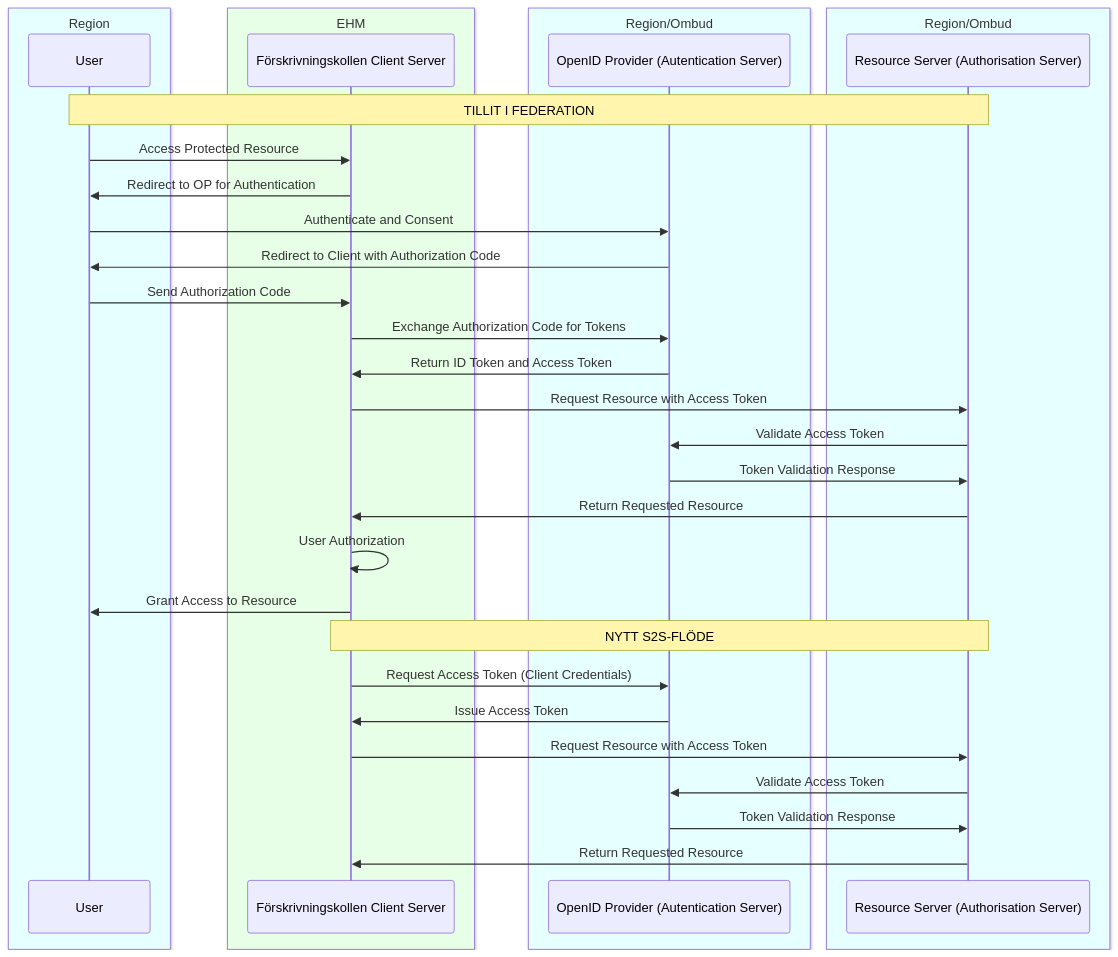
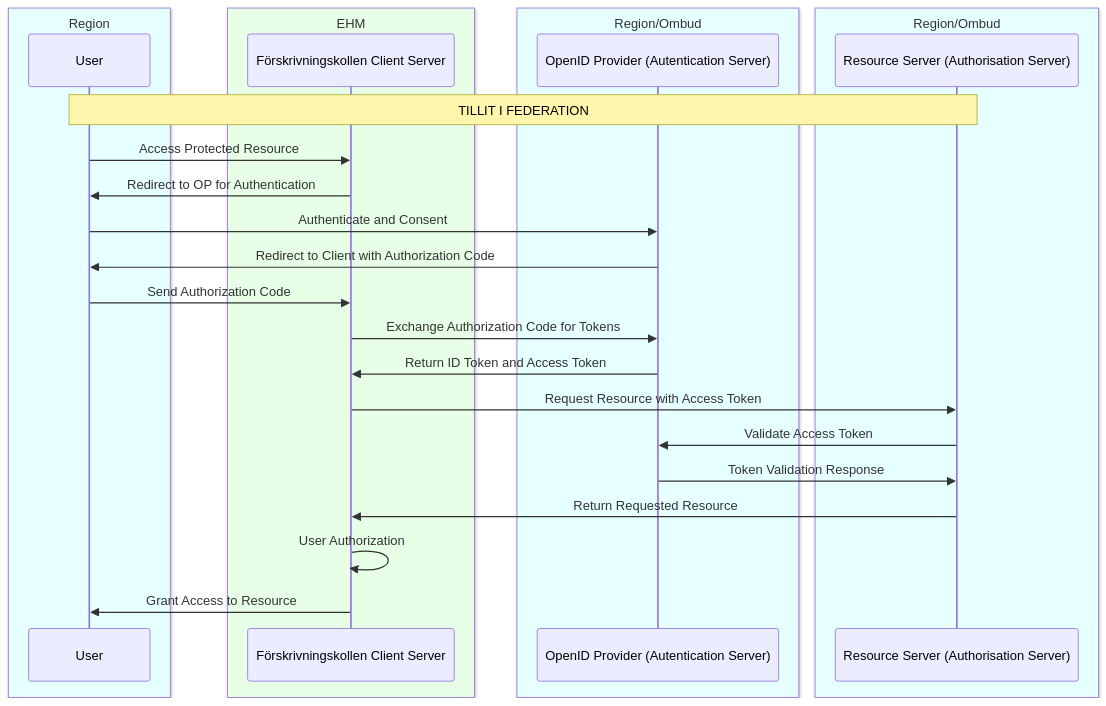
The diagram in architecture/diagrams/förskrivningskollen-oidc.md (diggsweden/ena-authorization), drawn with Mermaid before and after one commit.

````diff
--- a/architecture/diagrams/förskrivningskollen-oidc.md
+++ b/architecture/diagrams/förskrivningskollen-oidc.md
@@ -1,40 +1,32 @@
 ```mermaid 
 sequenceDiagram
 
     box rgb(230,255,255) Region
         participant User
     end
     box rgb(230,255,230) EHM
         participant Client as Förskrivningskollen Client Server
     end
     box rgb(230,255,255) Region/Ombud
         participant OP as OpenID Provider (Autentication Server)
     end
     box rgb(230,255,255) Region/Ombud
         participant RS as Resource Server (Authorisation Server)
     end
 
     %% User-to-Server OIDC Flow
     Note over User,RS: TILLIT I FEDERATION
     User->>Client: Access Protected Resource
     Client->>User: Redirect to OP for Authentication
     User->>OP: Authenticate and Consent
     OP->>User: Redirect to Client with Authorization Code
     User->>Client: Send Authorization Code
     Client->>OP: Exchange Authorization Code for Tokens
     OP->>Client: Return ID Token and Access Token
     Client->>RS: Request Resource with Access Token
     RS->>OP: Validate Access Token
     OP->>RS: Token Validation Response
     RS->>Client: Return Requested Resource
     Client->>Client: User Authorization
     Client->>User: Grant Access to Resource
-    %% Server-to-Server OIDC Flow
-    Note over Client,RS: NYTT S2S-FLÖDE
-    Client->>OP: Request Access Token (Client Credentials)
-    OP->>Client: Issue Access Token
-    Client->>RS: Request Resource with Access Token
-    RS->>OP: Validate Access Token
-    OP->>RS: Token Validation Response
-    RS->>Client: Return Requested Resource
 ```
````
